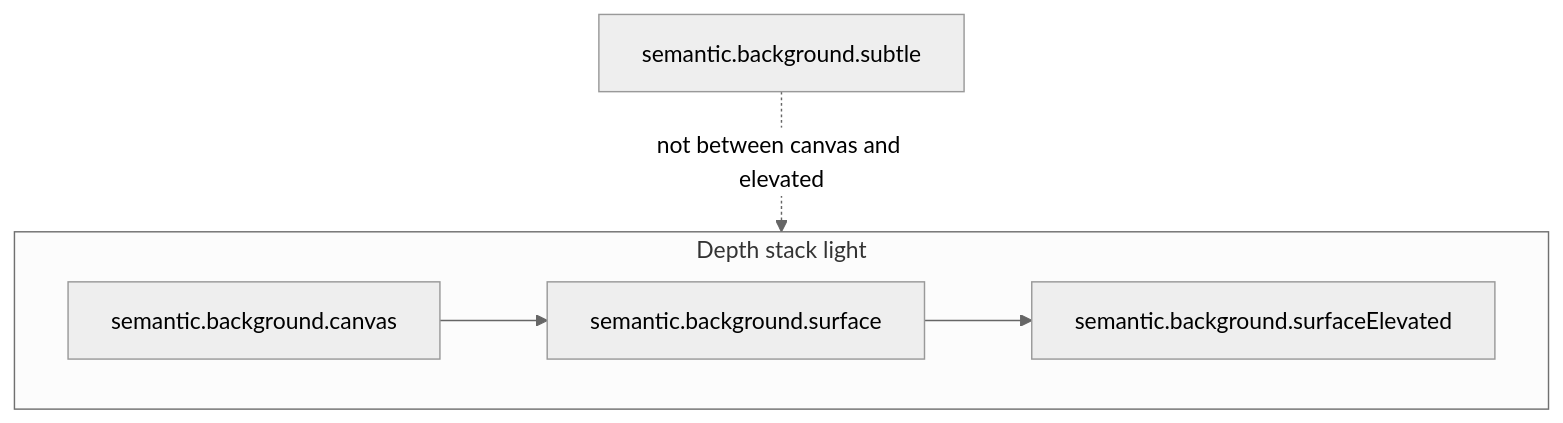
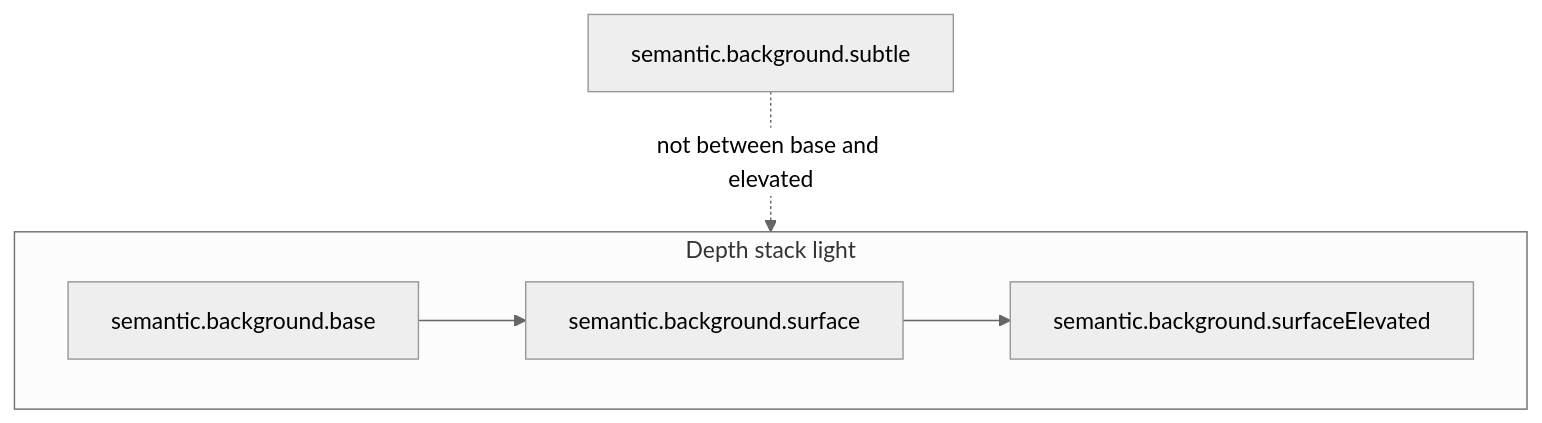
One commit to mjd0530/cakezerotest changed the diagram in design-system/tokens/surfaces.md. Above: the diagram before and after it, drawn with Mermaid (neutral theme). The commit also changed other lines of this file and 10 other files, not shown here.

First line of the commit message:
refactor(tokens): rename background.canvas to background.base

````diff
--- a/design-system/tokens/surfaces.md
+++ b/design-system/tokens/surfaces.md
@@ -34,12 +34,12 @@
 ```mermaid
 flowchart TB
   subgraph stack [Depth stack light]
-    canvasNode[semantic.background.canvas]
+    baseNode[semantic.background.base]
     surfaceNode[semantic.background.surface]
     elevatedNode[semantic.background.surfaceElevated]
-    canvasNode --> surfaceNode
+    baseNode --> surfaceNode
     surfaceNode --> elevatedNode
   end
   subtleNote[semantic.background.subtle]
-  subtleNote -.->|not between canvas and elevated| stack
+  subtleNote -.->|not between base and elevated| stack
 ```
````
